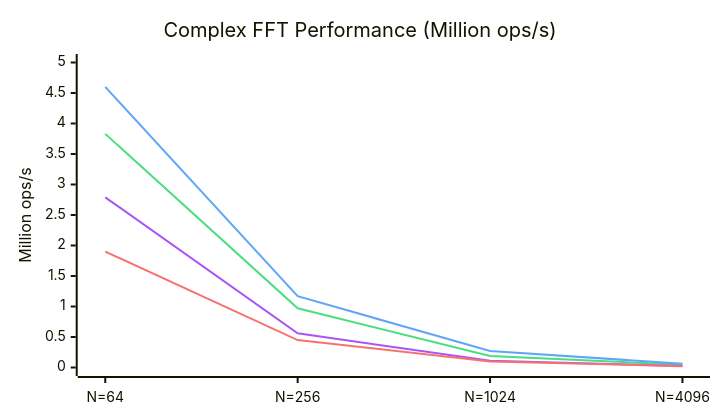
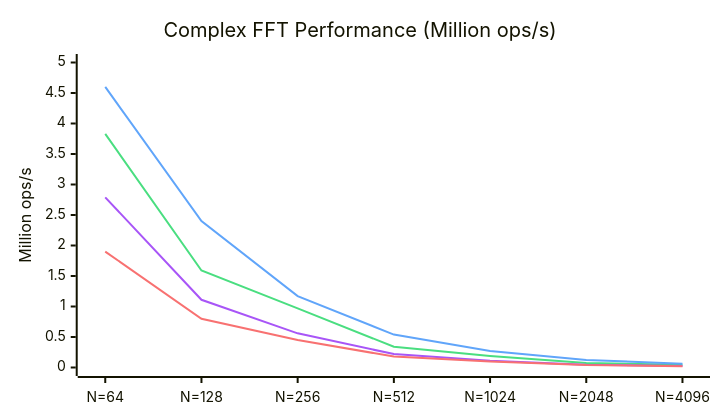
The first of 2 diagrams in README.md (EmNudge/wat-fft), drawn with Mermaid before and after one commit. The commit also changed other lines of this file and 4 other files, not shown here.

````diff
--- a/README.md
+++ b/README.md
@@ -18,19 +21,19 @@
 ```mermaid
 ---
 config:
     xyChart:
         width: 700
         height: 400
     themeVariables:
         xyChart:
             plotColorPalette: "#4ade80, #60a5fa, #a855f7, #f87171"
 ---
 xychart-beta
     title "Complex FFT Performance (Million ops/s)"
-    x-axis [N=64, N=256, N=1024, N=4096]
+    x-axis [N=64, N=128, N=256, N=512, N=1024, N=2048, N=4096]
     y-axis "Million ops/s" 0 --> 5
-    line [3.83, 0.97, 0.19, 0.044]
-    line [4.60, 1.17, 0.27, 0.062]
-    line [2.79, 0.56, 0.11, 0.023]
-    line [1.90, 0.45, 0.10, 0.022]
+    line [3.83, 1.59, 0.97, 0.34, 0.19, 0.074, 0.044]
+    line [4.60, 2.40, 1.17, 0.54, 0.27, 0.124, 0.062]
+    line [2.79, 1.11, 0.56, 0.22, 0.11, 0.047, 0.023]
+    line [1.90, 0.80, 0.45, 0.18, 0.10, 0.041, 0.022]
 ```
````
